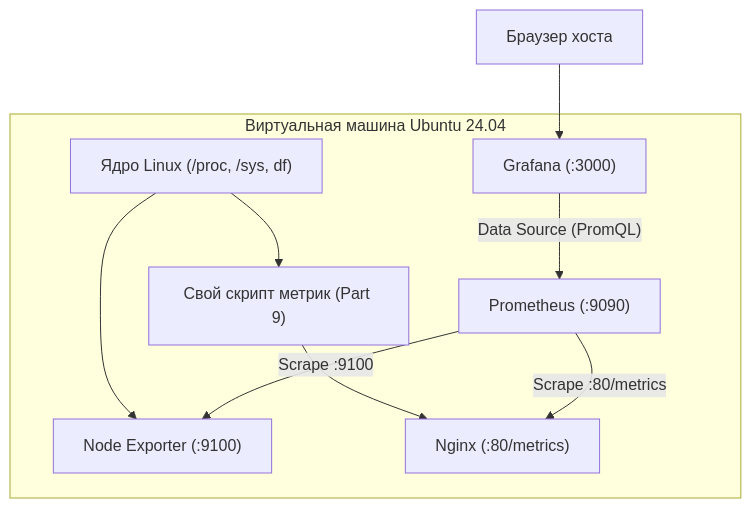
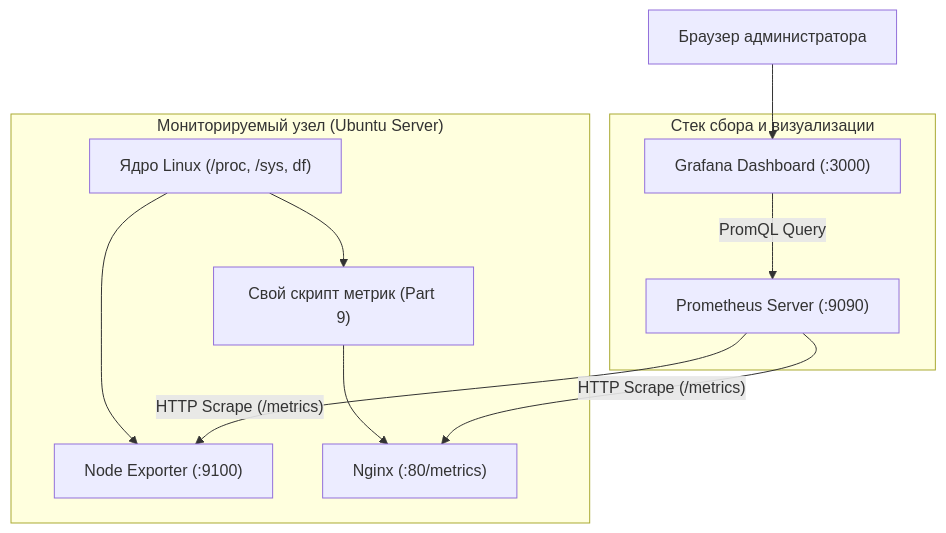
The diagram in DO4_GUIDE.md (BeerLover47/linux-system-monitor), drawn with Mermaid before and after one commit. The commit also changed other lines of this file and 5 other files, not shown here.

Commit message:
feat(01): implement Part 1 file generator with modular architecture and deep dive guide

````diff
--- a/DO4_GUIDE.md
+++ b/DO4_GUIDE.md
@@ -696,14 +405,17 @@
 ```mermaid
 flowchart TD
-    subgraph VM["Виртуальная машина Ubuntu 24.04"]
-        OS["Ядро Linux (/proc, /sys, df)"] --> NE["Node Exporter (:9100)"]
-        OS --> Script["Свой скрипт метрик (Part 9)"] --> Nginx["Nginx (:80/metrics)"]
-        Prom["Prometheus (:9090)"]
-        Graf["Grafana (:3000)"]
+    subgraph Target["Мониторируемый узел (Ubuntu Server)"]
+        Kernel["Ядро Linux (/proc, /sys, df)"] --> NE["Node Exporter (:9100)"]
+        Kernel --> CustomExp["Свой скрипт метрик (Part 9)"] --> Nginx["Nginx (:80/metrics)"]
     end
 
-    Prom -- "Scrape :9100" --> NE
-    Prom -- "Scrape :80/metrics" --> Nginx
-    Graf -- "Data Source (PromQL)" --> Prom
-    Host["Браузер хоста"] --> Graf
+    subgraph Core["Стек сбора и визуализации"]
+        Prom["Prometheus Server (:9090)"]
+        Graf["Grafana Dashboard (:3000)"]
+    end
+
+    Prom -- "HTTP Scrape (/metrics)" --> NE
+    Prom -- "HTTP Scrape (/metrics)" --> Nginx
+    Graf -- "PromQL Query" --> Prom
+    Admin["Браузер администратора"] --> Graf
 ```
````
